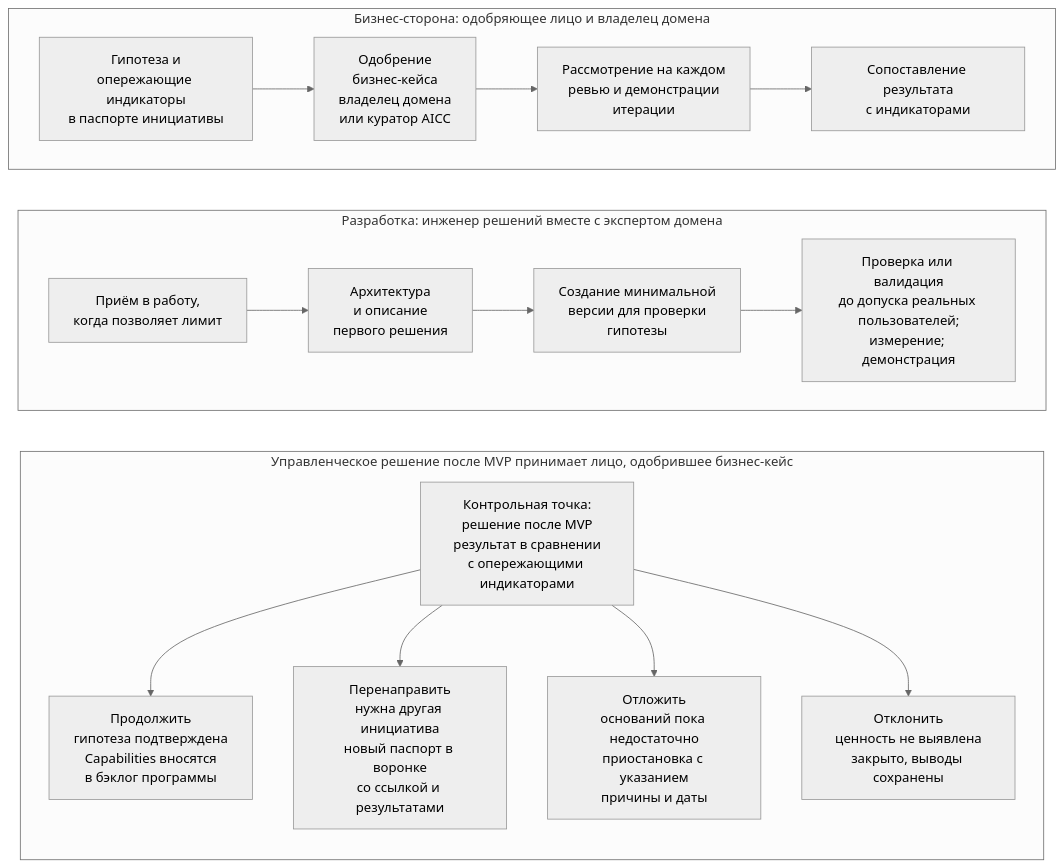
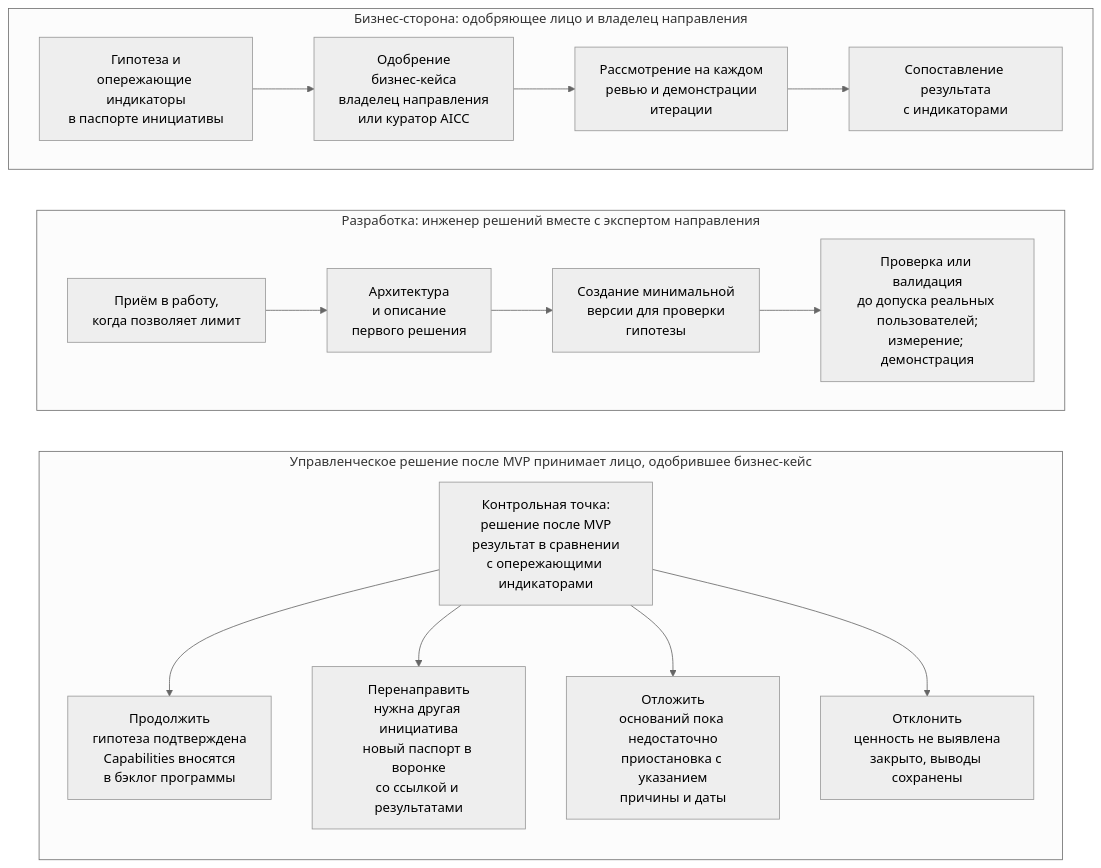
One commit to devhogu/ob-aicc changed the diagram in portal/content/ru/portfolio/the-business-case-and-the-mvp.md. Above: the diagram before and after it, drawn with Mermaid (neutral theme). The commit also changed other lines of this file and 290 other files, not shown here.

First line of the commit message:
Russian edition: Domain is «направление» (владелец направления, эксперт направления); Strategic Priority 3 is «AI в работе направлений Банка»

````diff
--- a/portal/content/ru/portfolio/the-business-case-and-the-mvp.md
+++ b/portal/content/ru/portfolio/the-business-case-and-the-mvp.md
@@ -39,24 +39,24 @@
 ```mermaid
 flowchart TB
-  subgraph BUS["Бизнес-сторона: одобряющее лицо и владелец домена"]
+  subgraph BUS["Бизнес-сторона: одобряющее лицо и владелец направления"]
     direction LR
-    B1["Гипотеза и<br/>опережающие индикаторы<br/>в паспорте инициативы"] --> B2["Одобрение<br/>бизнес-кейса<br/>владелец домена<br/>или куратор AICC"]
+    B1["Гипотеза и<br/>опережающие индикаторы<br/>в паспорте инициативы"] --> B2["Одобрение<br/>бизнес-кейса<br/>владелец направления<br/>или куратор AICC"]
     B2 --> B3["Рассмотрение на каждом<br/>ревью и демонстрации<br/>итерации"]
     B3 --> B4["Сопоставление результата<br/>с индикаторами"]
   end
-  subgraph DEV["Разработка: инженер решений вместе с экспертом домена"]
+  subgraph DEV["Разработка: инженер решений вместе с экспертом направления"]
     direction LR
     D1["Приём в работу,<br/>когда позволяет лимит"] --> D2["Архитектура<br/>и описание<br/>первого решения"]
     D2 --> D3["Создание минимальной<br/>версии для проверки<br/>гипотезы"]
     D3 --> D4["Проверка или валидация<br/>до допуска реальных пользователей;<br/>измерение; демонстрация"]
   end
   subgraph DEC["Управленческое решение после MVP принимает лицо, одобрившее бизнес-кейс"]
     direction TB
     G["Контрольная точка:<br/>решение после MVP<br/>результат в сравнении<br/>с опережающими индикаторами"] --> C["Продолжить<br/>гипотеза подтверждена<br/>Capabilities вносятся<br/>в бэклог программы"]
     G --> P["Перенаправить<br/>нужна другая инициатива<br/>новый паспорт в воронке<br/>со ссылкой и результатами"]
     G --> F["Отложить<br/>оснований пока недостаточно<br/>приостановка с указанием<br/>причины и даты"]
     G --> R["Отклонить<br/>ценность не выявлена<br/>закрыто, выводы сохранены"]
   end
   BUS ~~~ DEV
   DEV ~~~ DEC
 ```
````
